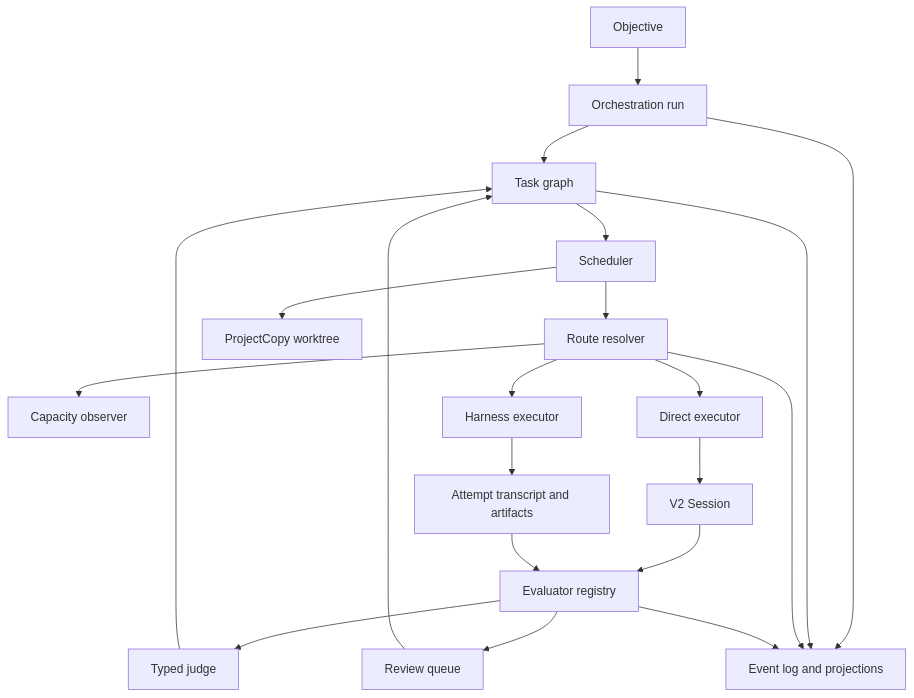
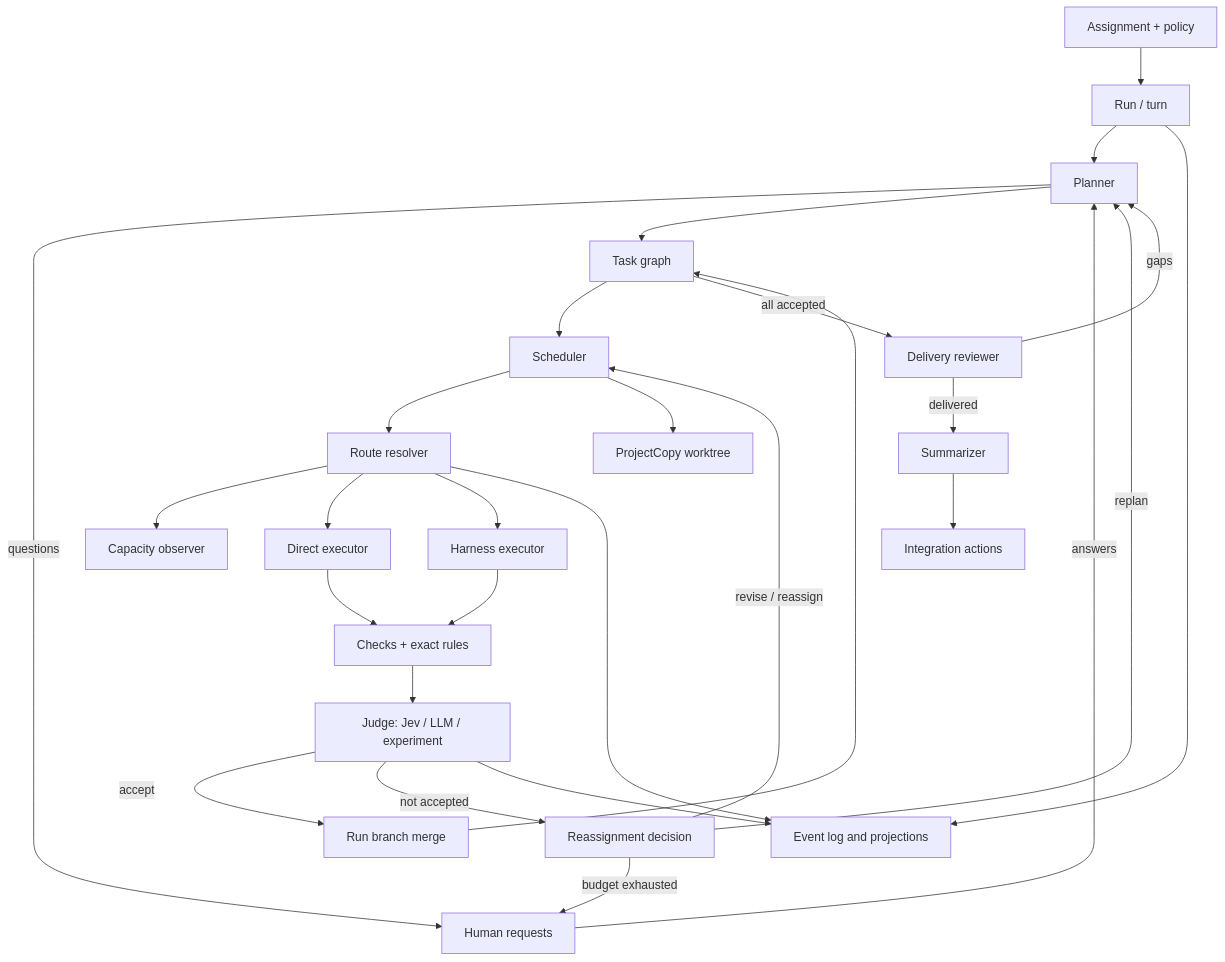
The diagram in docs/architecture.md (scottdflorida/opencode), drawn with Mermaid before and after one commit. The commit also changed other lines of this file and 178 other files, not shown here.

First line of the commit message:
wip(jewelcode): snapshot uncommitted orchestration, judge, policy and docs work

````diff
--- a/docs/architecture.md
+++ b/docs/architecture.md
@@ -20,23 +22,30 @@
 ```mermaid
 flowchart TD
-  O[Objective] --> R[Orchestration run]
-  R --> G[Task graph]
+  U[Assignment + policy] --> R[Run / turn]
+  R --> PL[Planner]
+  PL -->|questions| HR[Human requests]
+  HR -->|answers| PL
+  PL --> G[Task graph]
   G --> S[Scheduler]
   S --> C[Route resolver]
   C --> P[Capacity observer]
   C --> D[Direct executor]
   C --> H[Harness executor]
-  D --> V[V2 Session]
-  H --> A[Attempt transcript and artifacts]
   S --> W[ProjectCopy worktree]
-  V --> E[Evaluator registry]
-  A --> E
-  E --> J[Typed judge]
-  E --> Q[Review queue]
-  J --> G
-  Q --> G
+  D --> E[Checks + exact rules]
+  H --> E
+  E --> J[Judge: Jev / LLM / experiment]
+  J -->|accept| RB[Run branch merge]
+  J -->|not accepted| X[Reassignment decision]
+  X -->|revise / reassign| S
+  X -->|replan| PL
+  X -->|budget exhausted| HR
+  RB --> G
+  G -->|all accepted| DR[Delivery reviewer]
+  DR -->|gaps| PL
+  DR -->|delivered| SU[Summarizer]
+  SU --> I[Integration actions]
   R --> T[Event log and projections]
-  G --> T
+  J --> T
   C --> T
-  E --> T
 ```
````
